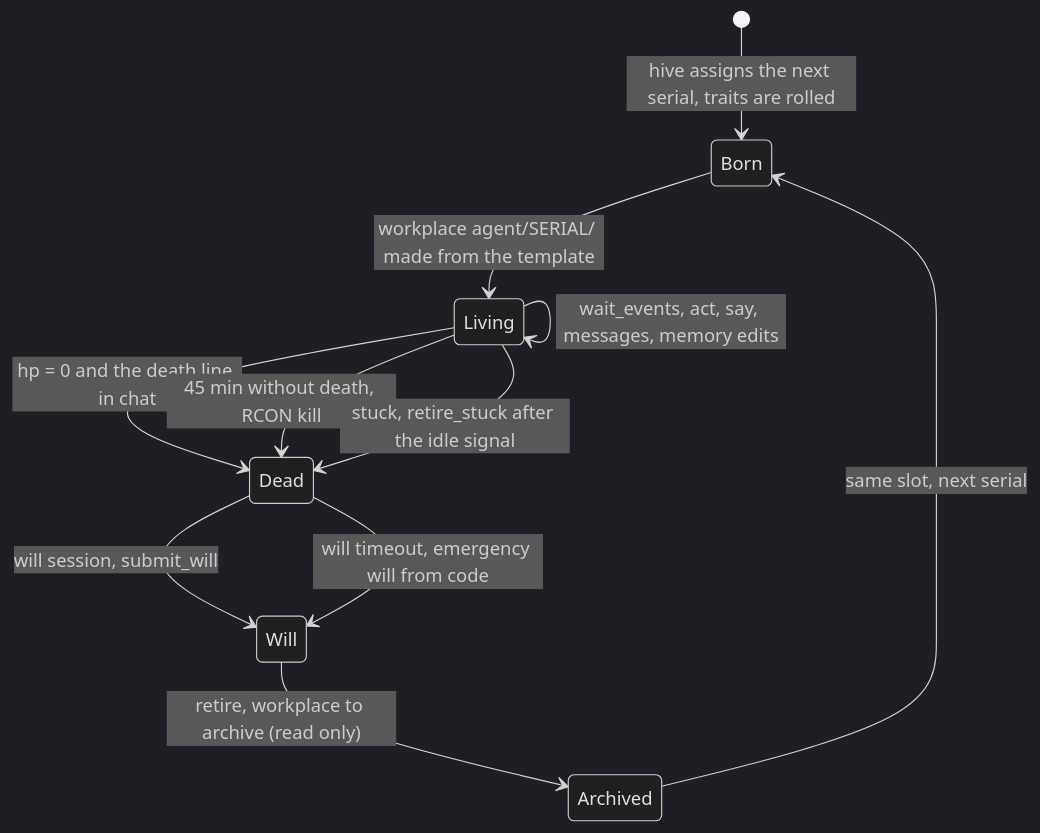
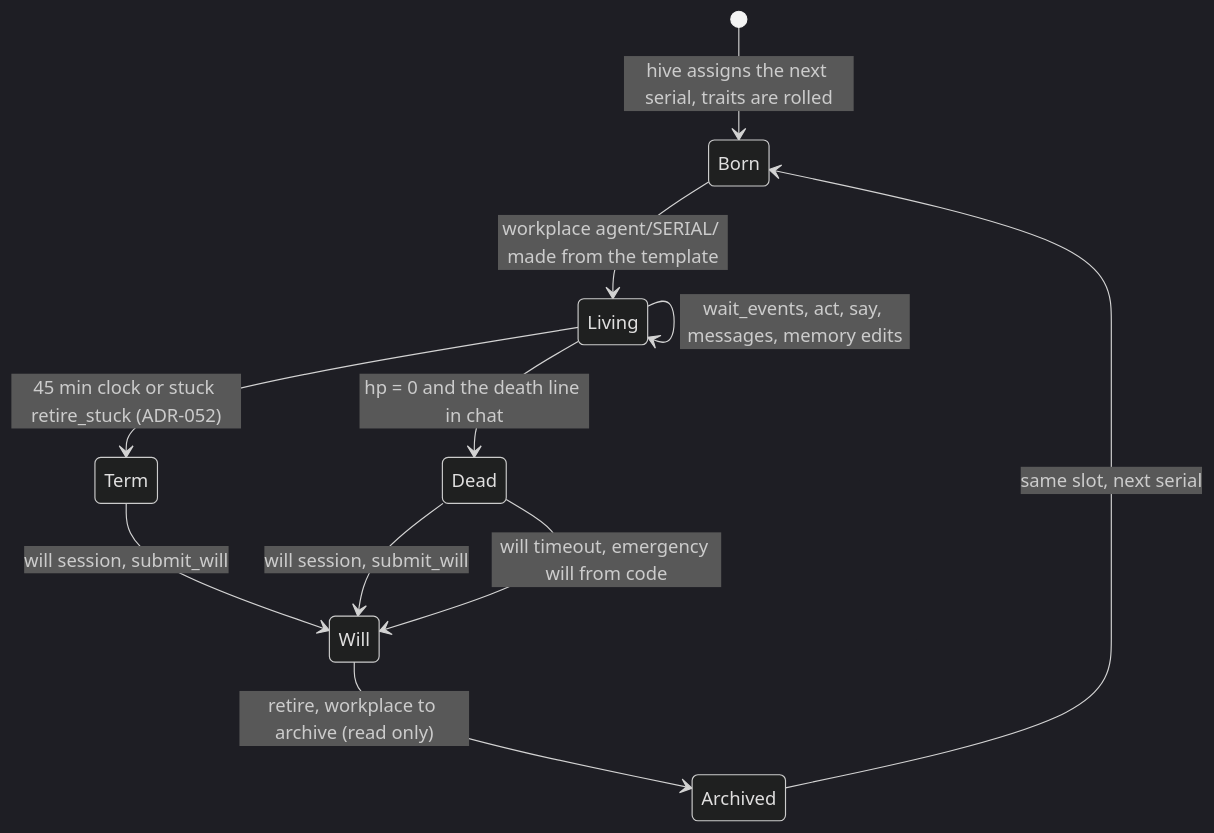
The second of 4 diagrams in docs/architecture/OVERVIEW.md (ZeusThunderer/lastorder), drawn with Mermaid (dark theme) before and after one commit. The commit also changed other lines of this file and 5 other files, not shown here.

Commit message:
docs: ADR-052 — the mind change without a body death; NETWORK §5/§6, OVERVIEW and CLAUDE.md lose the RCON kill, the will prompts (session + persona core) speak of the handover, mvp_report counts term stops next to death stops

````diff
--- a/docs/architecture/OVERVIEW.md
+++ b/docs/architecture/OVERVIEW.md
@@ -96,13 +95,13 @@
 ```mermaid
 stateDiagram-v2
     [*] --> Born: hive assigns the next serial, traits are rolled
     Born --> Living: workplace agent/SERIAL/ made from the template
     Living --> Living: wait_events, act, say, messages, memory edits
     Living --> Dead: hp = 0 and the death line in chat
-    Living --> Dead: 45 min without death, RCON kill
-    Living --> Dead: stuck, retire_stuck after the idle signal
+    Living --> Term: 45 min clock or stuck retire_stuck (ADR-052)
+    Term --> Will: will session, submit_will
     Dead --> Will: will session, submit_will
     Dead --> Will: will timeout, emergency will from code
     Will --> Archived: retire, workplace to archive (read only)
     Archived --> Born: same slot, next serial
 ```
````
